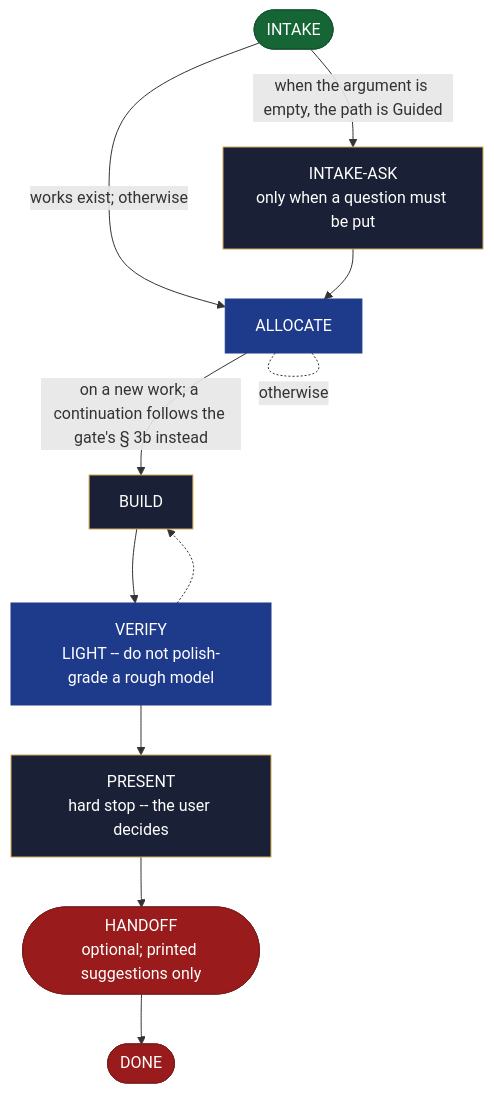
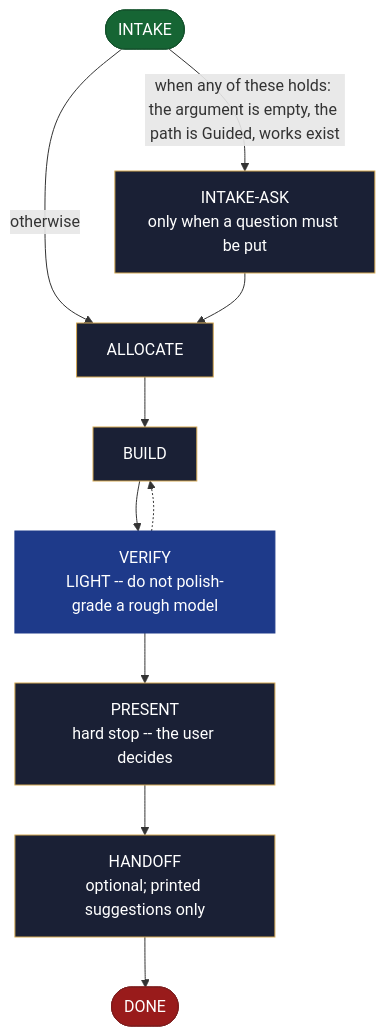
The diagram in site/src/content/docs/skills/aid-prototype.md (AndreVianna/aid-methodology), drawn with Mermaid before and after one commit. The commit also changed other lines of this file and 195 other files, not shown here.

First line of the commit message:
delivery-002 review fix (cycle 1): sub-step pointers are notes, not advance lines; orchestrate under its line cap, question rule cited not restated; residual flow rungs read advance words; site regenerated; ledger rows marked Fixed (D3-11 left open)

````diff
--- a/site/src/content/docs/skills/aid-prototype.md
+++ b/site/src/content/docs/skills/aid-prototype.md
@@ -20,43 +20,42 @@
 ```mermaid
 flowchart TB
   classDef aidNode color:#fff
   classDef aidEntry fill:#166534,stroke:#14532d,color:#fff
   classDef aidExit fill:#991b1b,stroke:#7f1d1d,color:#fff
   classDef aidDecision fill:#92400e,stroke:#78350f,color:#fff
   classDef aidLoopBack fill:#1e3a8a,stroke:#1e3a8a,color:#fff
   classDef aidStep fill:#1a2035,stroke:#d4a853,color:#f1f5f9
   n1(["INTAKE"])
   n2["INTAKE-ASK<br/>only when a question must be put"]
   n3["ALLOCATE"]
   n4["BUILD"]
   n5["VERIFY<br/>LIGHT -- do not polish-grade a rough model"]
   n6["PRESENT<br/>hard stop -- the user decides"]
-  n7(["HANDOFF<br/>optional; printed suggestions only"])
+  n7["HANDOFF<br/>optional; printed suggestions only"]
   n8(["DONE"])
-  n1 -->|"when the argument is empty, the path is Guided"| n2
-  n1 -->|"works exist; otherwise"| n3
+  n1 -->|"when any of these holds: the argument is empty, the path is Guided, works exist"| n2
+  n1 -->|"otherwise"| n3
   n2 --> n3
-  n3 -. "otherwise" .- n3
-  n3 -->|"on a new work; a continuation follows the gate's § 3b instead"| n4
+  n3 --> n4
   n4 --> n5
   n5 -.-> n4
   n5 --> n6
   n6 --> n7
   n7 --> n8
   class n1 aidEntry
   class n2 aidStep
-  class n3 aidLoopBack
+  class n3 aidStep
   class n4 aidStep
   class n5 aidLoopBack
   class n6 aidStep
-  class n7 aidExit
+  class n7 aidStep
   class n8 aidExit
   class n1 aidNode
   class n2 aidNode
   class n3 aidNode
   class n4 aidNode
   class n5 aidNode
   class n6 aidNode
   class n7 aidNode
   class n8 aidNode
 ```
````
